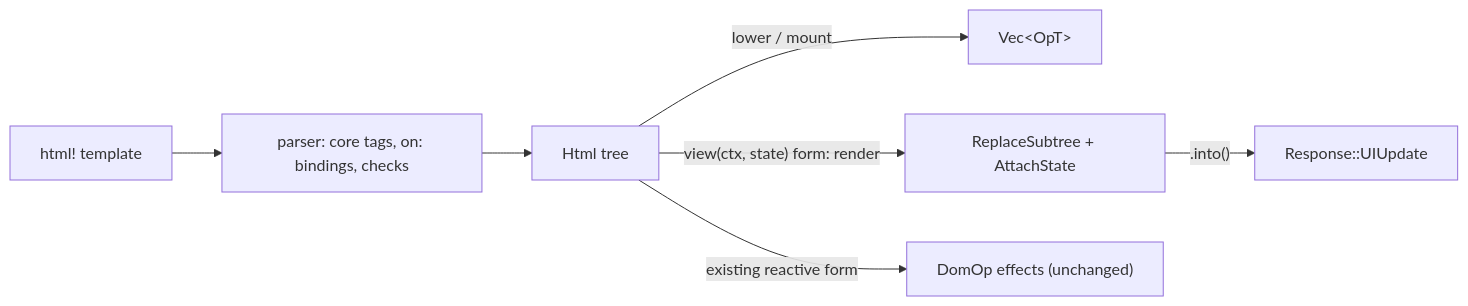
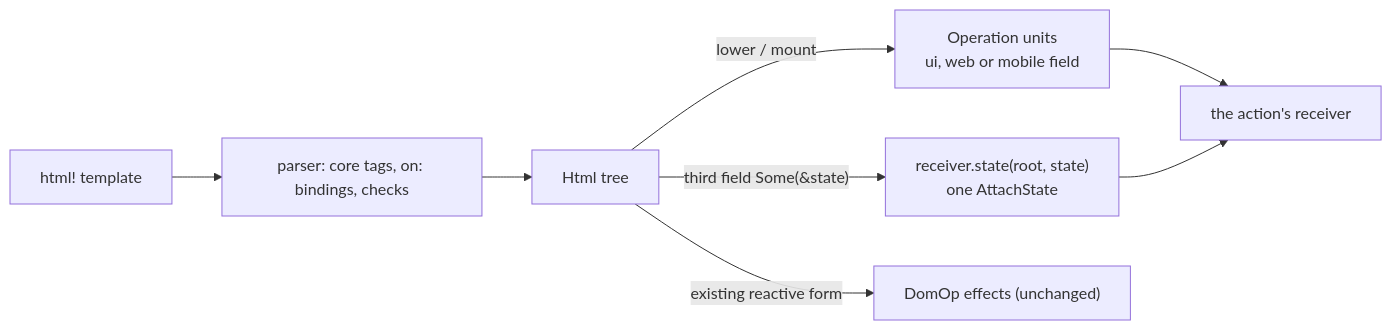
Before and after one commit to ewe-studios/ewe_platform: the diagram in specifications/69-foundation-ui-v2/features/08-html-macro-core-vocabulary/feature.md, drawn with Mermaid. The commit also changed other lines of this file and 21 other files, not shown here.

````diff
--- a/specifications/69-foundation-ui-v2/features/08-html-macro-core-vocabulary/feature.md
+++ b/specifications/69-foundation-ui-v2/features/08-html-macro-core-vocabulary/feature.md
@@ -251,9 +277,10 @@
 ```mermaid
 flowchart LR
     T["html! template"] --> P["parser: core tags, on: bindings, checks"]
     P --> H["Html tree"]
-    H -->|"lower / mount"| O["Vec&lt;OpT&gt;"]
-    H -->|"view(ctx, state) form: render"| V["ReplaceSubtree + AttachState"]
-    V -->|".into()"| R["Response::UIUpdate"]
+    H -->|"lower / mount"| O["Operation units<br/>ui, web or mobile field"]
+    H -->|"third field Some(&state)"| R["receiver.state(root, state)<br/>one AttachState"]
+    O --> RC["the action's receiver"]
+    R --> RC
     H -->|"existing reactive form"| X["DomOp effects (unchanged)"]
 ```
````
